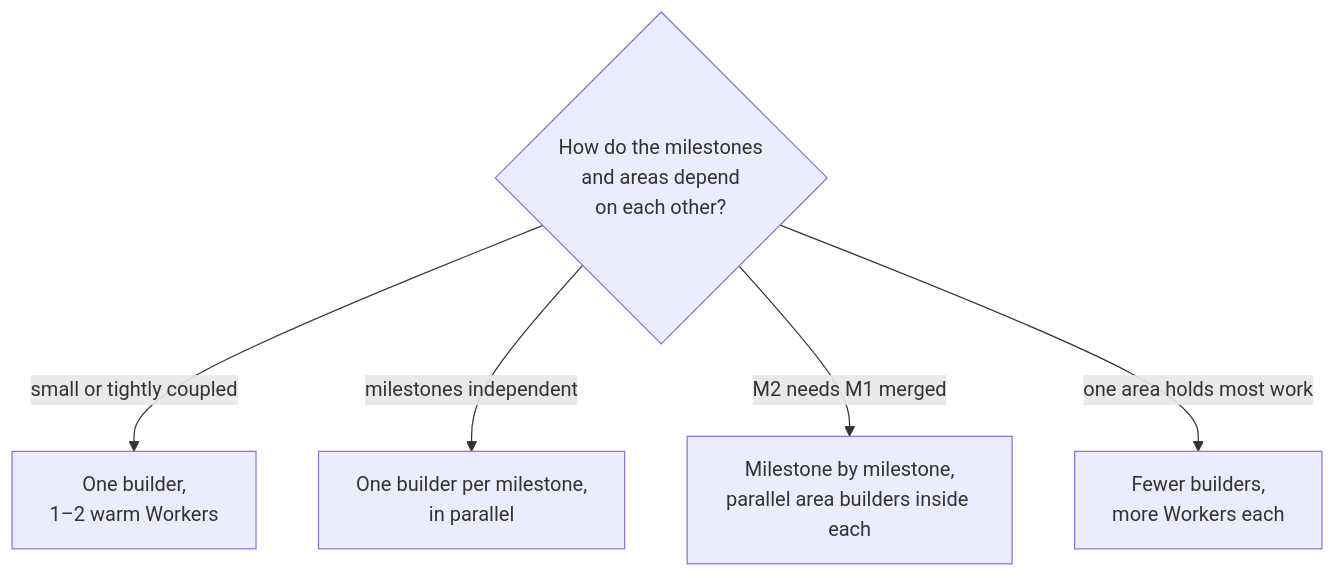
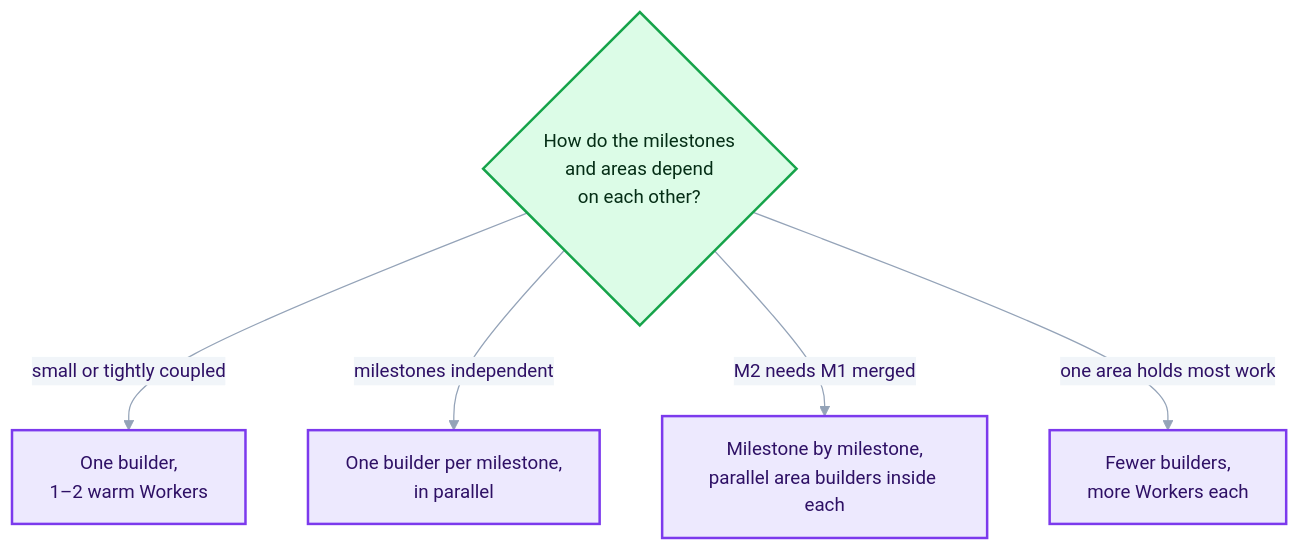
The second of 4 diagrams in docs/02-how-it-works.md (esharif20/herdr-software-factory), drawn with Mermaid before and after one commit. The commit also changed other lines of this file and 5 other files, not shown here.

Commit message:
Restyle every diagram: one theme, AI / code / check colours

````diff
--- a/docs/02-how-it-works.md
+++ b/docs/02-how-it-works.md
@@ -58,8 +59,15 @@
 ```mermaid
+%%{init: {'theme':'base','themeVariables':{'fontFamily':'-apple-system, Segoe UI, Helvetica, sans-serif','fontSize':'15px','lineColor':'#94A3B8','primaryColor':'#EDE9FE','primaryBorderColor':'#7C3AED','primaryTextColor':'#2E1065','secondaryColor':'#F1F5F9','tertiaryColor':'#DCFCE7','clusterBkg':'#FAFAFA','clusterBorder':'#CBD5E1','noteBkgColor':'#FEF3C7','noteBorderColor':'#D97706','actorBkg':'#EDE9FE','actorBorder':'#7C3AED','git0':'#7C3AED','git1':'#0EA5E9','git2':'#16A34A','git3':'#D97706'}}}%%
 flowchart TB
     Q{How do the milestones<br/>and areas depend<br/>on each other?}
     Q -->|small or tightly coupled| A[One builder,<br/>1–2 warm Workers]
     Q -->|milestones independent| B[One builder per milestone,<br/>in parallel]
     Q -->|M2 needs M1 merged| C[Milestone by milestone,<br/>parallel area builders inside each]
     Q -->|one area holds most work| D[Fewer builders,<br/>more Workers each]
+    class Q check
+    class A,B,C,D ai
+    classDef ai fill:#EDE9FE,stroke:#7C3AED,color:#2E1065,stroke-width:2px
+    classDef code fill:#F1F5F9,stroke:#64748B,color:#0F172A,stroke-width:2px,stroke-dasharray:5 4
+    classDef check fill:#DCFCE7,stroke:#16A34A,color:#052E16,stroke-width:2px
+    classDef person fill:#FEF3C7,stroke:#D97706,color:#451A03,stroke-width:2px
 ```
````
